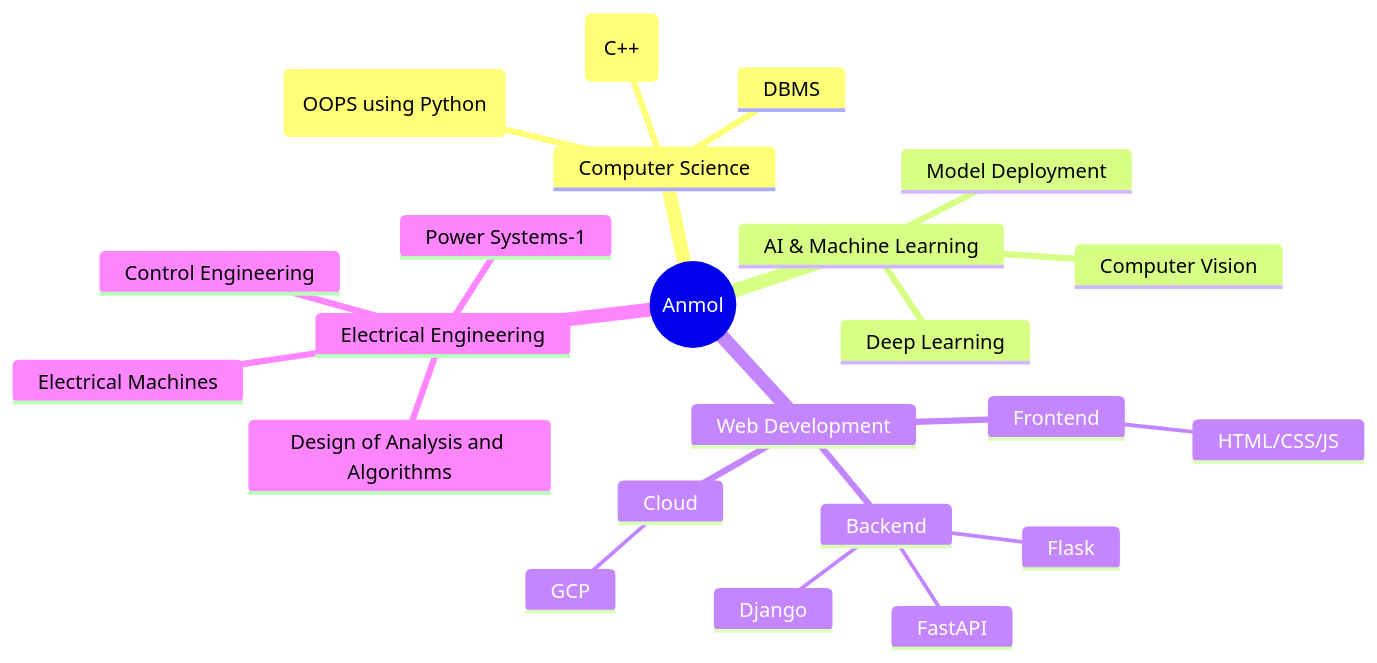
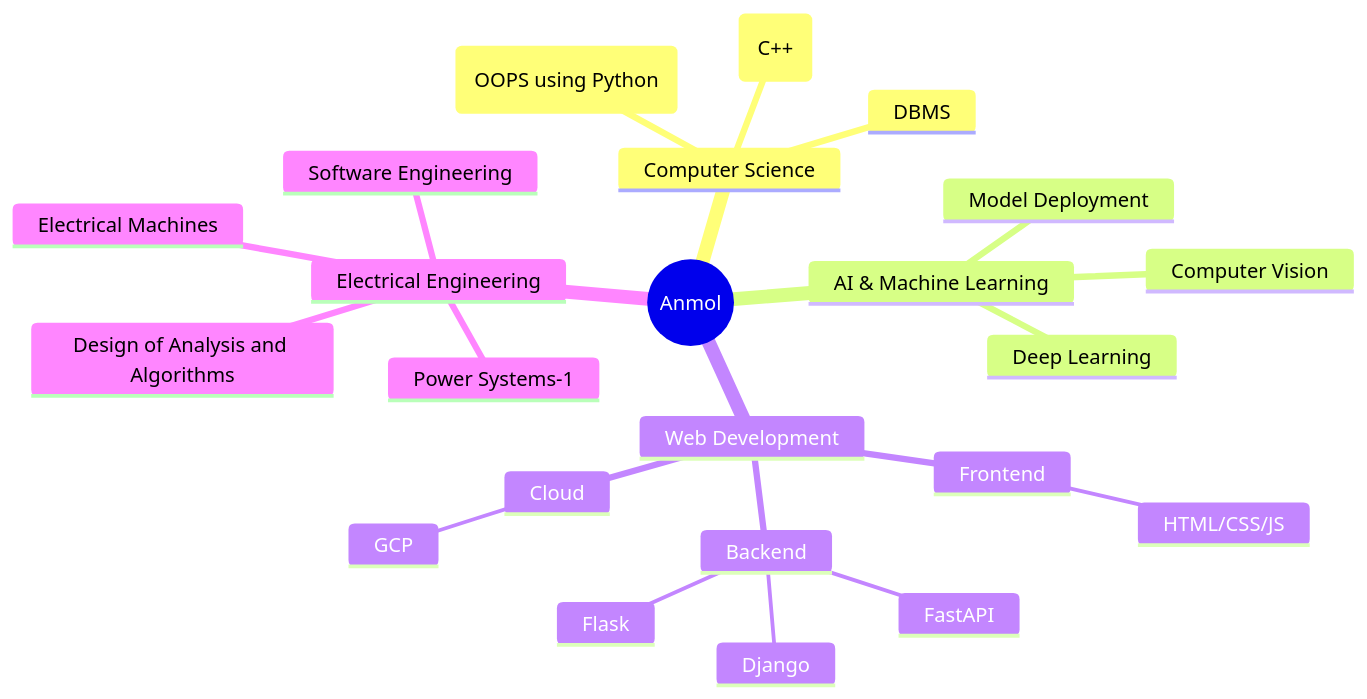
One commit to Anmol-Shukla-20/Anmol-Shukla-20 changed the diagram in README.md. Above: the diagram before and after it, drawn with Mermaid.

Commit message:
Replace Control Engineering with Software Engineering

````diff
--- a/README.md
+++ b/README.md
@@ -302,26 +302,26 @@
 ```mermaid
 mindmap
   root((Anmol))
     Computer Science
       Data Structures & Algorithms (C++)
       Object-Oriented Programming(OOPS using Python)
       DBMS
     AI & Machine Learning
       Deep Learning
       Computer Vision
       Model Deployment
     Web Development
       Frontend
         HTML/CSS/JS
       Backend
         Django
         FastAPI
         Flask
       Cloud
         GCP
     Electrical Engineering
       Power Systems-1
       Electrical Machines
       Design of Analysis and Algorithms
-      Control Engineering
+      Software Engineering
 ```
````
